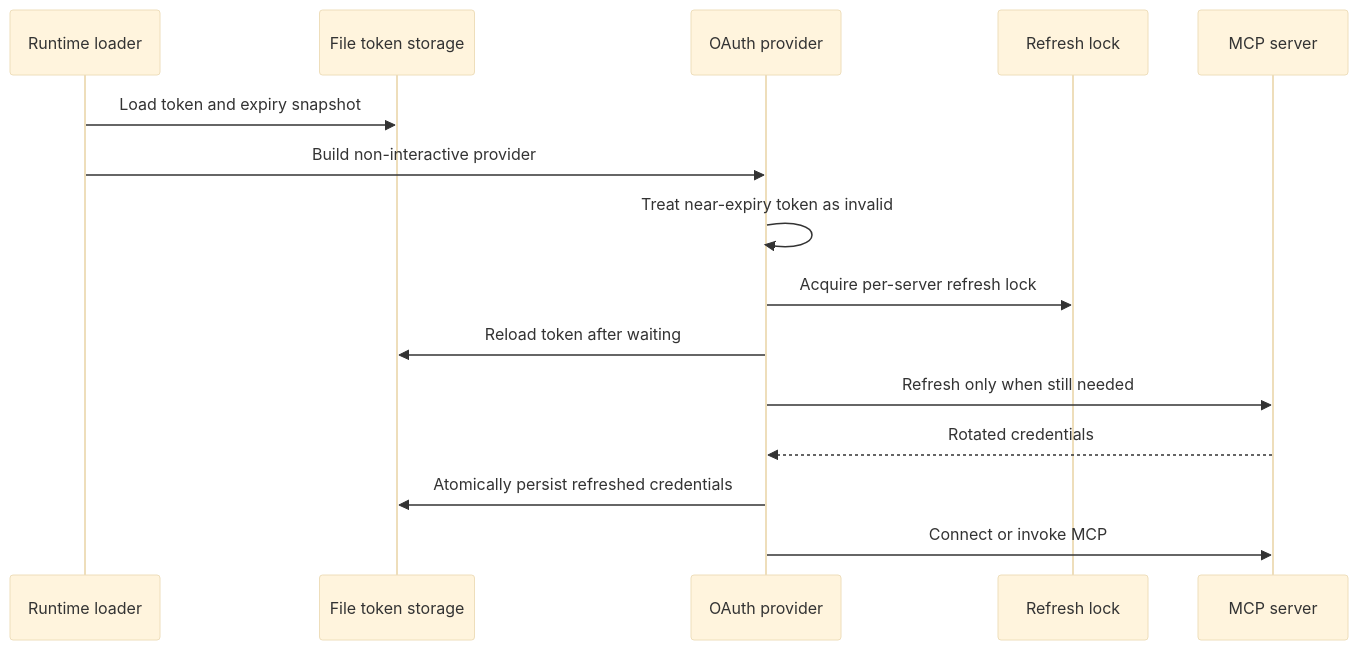
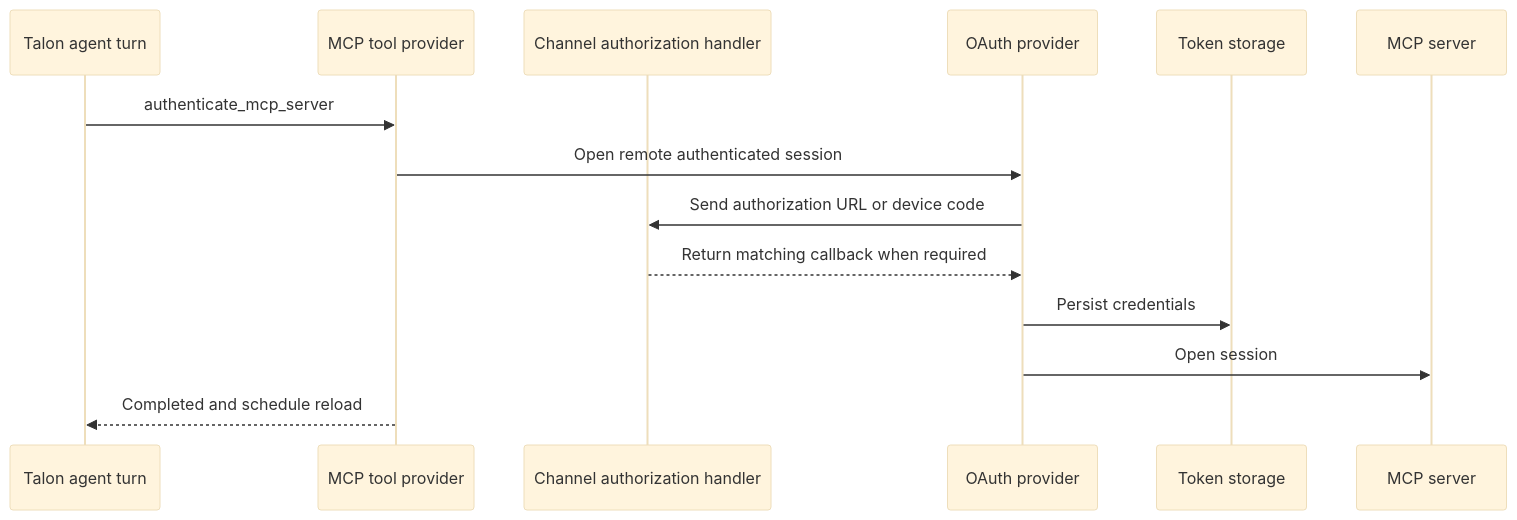
The second of 2 diagrams in openwiki/integrations/mcp.md (langchain-ai/deepagents), drawn with Mermaid (base theme) before and after one commit. The commit also changed other lines of this file and 63 other files, not shown here.

````diff
--- a/openwiki/integrations/mcp.md
+++ b/openwiki/integrations/mcp.md
@@ -99,17 +129,17 @@
 ```mermaid
 sequenceDiagram
-    participant Loader as Runtime loader
-    participant Store as File token storage
-    participant Provider as OAuth provider
-    participant Lock as Refresh lock
+    participant Agent as Talon agent turn
+    participant Provider as MCP tool provider
+    participant Channel as Channel authorization handler
+    participant OAuth as OAuth provider
+    participant Store as Token storage
     participant Remote as MCP server
-    Loader->>Store: Load token and expiry snapshot
-    Loader->>Provider: Build non-interactive provider
-    Provider->>Provider: Treat near-expiry token as invalid
-    Provider->>Lock: Acquire per-server refresh lock
-    Provider->>Store: Reload token after waiting
-    Provider->>Remote: Refresh only when still needed
-    Remote-->>Provider: Rotated credentials
-    Provider->>Store: Atomically persist refreshed credentials
-    Provider->>Remote: Connect or invoke MCP
+
+    Agent->>Provider: authenticate_mcp_server
+    Provider->>OAuth: Open remote authenticated session
+    OAuth->>Channel: Send authorization URL or device code
+    Channel-->>OAuth: Return matching callback when required
+    OAuth->>Store: Persist credentials
+    OAuth->>Remote: Open session
+    Provider-->>Agent: Completed and schedule reload
 ```
````
